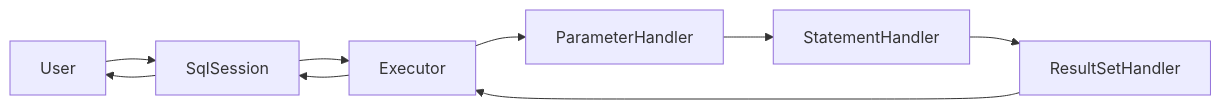
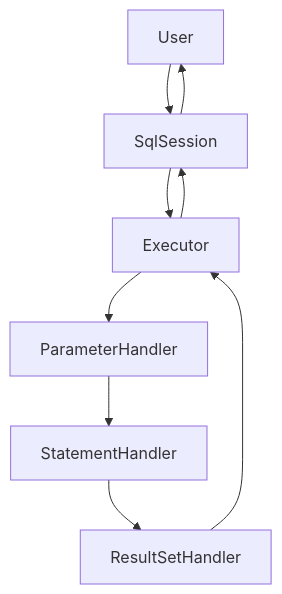
The diagram in smilex-study/doc/框架/mybatis/Mybatis-拦截器使用.md (smileluck/SmileX-boot), drawn with Mermaid before and after one commit. The commit also changed 2 other files, not shown here.

Commit message:
study mybatis

````diff
--- a/smilex-study/doc/框架/mybatis/Mybatis-拦截器使用.md
+++ b/smilex-study/doc/框架/mybatis/Mybatis-拦截器使用.md
@@ -36,17 +36,17 @@
 ```mermaid
-graph LR;
+graph TD;
 User --> SqlSession
 SqlSession --> User
 
 SqlSession --> Executor
 Executor --> SqlSession
 
 Executor --> ParameterHandler
 
 ParameterHandler --> StatementHandler
 
 StatementHandler --> ResultSetHandler
 
 ResultSetHandler --> Executor
 
 ```
````
